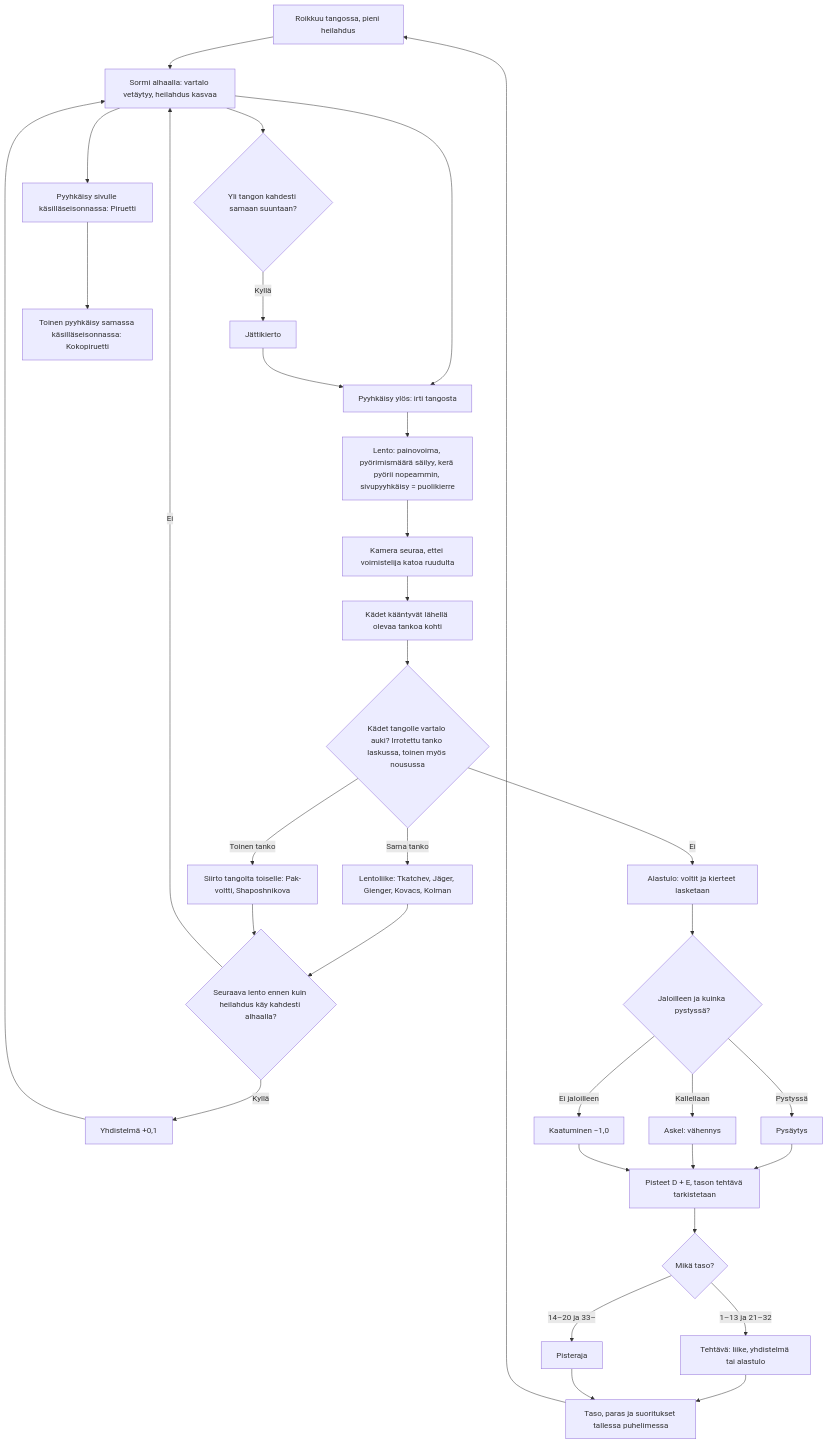
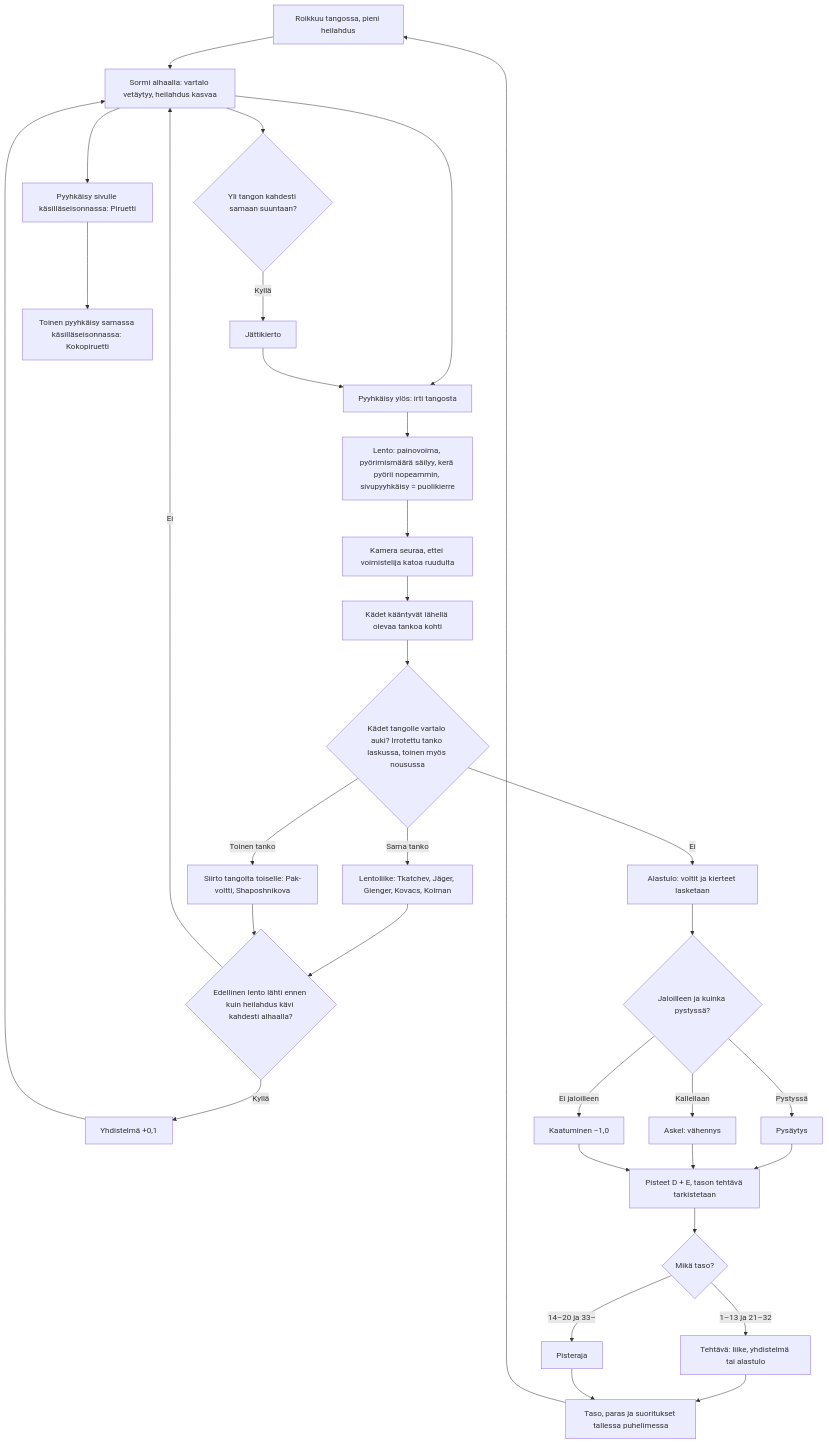
One commit to eerovil/ai-pelit changed the diagram in docs/diagrams/voimistelu.md. Above: the diagram before and after it, drawn with Mermaid. The commit also changed other lines of this file and 3 other files, not shown here.

````diff
--- a/docs/diagrams/voimistelu.md
+++ b/docs/diagrams/voimistelu.md
@@ -10,40 +10,40 @@
 ```mermaid
 flowchart TD
   A[Roikkuu tangossa, pieni heilahdus] --> B[Sormi alhaalla: vartalo vetäytyy, heilahdus kasvaa]
   B --> C{Yli tangon kahdesti samaan suuntaan?}
   C -- Kyllä --> D[Jättikierto]
   B --> P[Pyyhkäisy sivulle käsilläseisonnassa: Piruetti]
   P --> P2[Toinen pyyhkäisy samassa käsilläseisonnassa: Kokopiruetti]
   B --> E[Pyyhkäisy ylös: irti tangosta]
   D --> E
   E --> F[Lento: painovoima, pyörimismäärä säilyy, kerä pyörii nopeammin, sivupyyhkäisy = puolikierre]
   F --> R[Kamera seuraa, ettei voimistelija katoa ruudulta]
   R --> T[Kädet kääntyvät lähellä olevaa tankoa kohti]
   T --> G{Kädet tangolle vartalo auki? Irrotettu tanko laskussa, toinen myös nousussa}
   G -- Sama tanko --> H[Lentoliike: Tkatchev, Jäger, Gienger, Kovacs, Kolman]
   G -- Toinen tanko --> Q[Siirto tangolta toiselle: Pak-voltti, Shaposhnikova]
-  H --> Y{Seuraava lento ennen kuin heilahdus käy kahdesti alhaalla?}
+  H --> Y{Edellinen lento lähti ennen kuin heilahdus kävi kahdesti alhaalla?}
   Q --> Y
   Y -- Kyllä --> Z[Yhdistelmä +0,1]
   Z --> B
   Y -- Ei --> B
   G -- Ei --> I[Alastulo: voltit ja kierteet lasketaan]
   I --> J{Jaloilleen ja kuinka pystyssä?}
   J -- Pystyssä --> K[Pysäytys]
   J -- Kallellaan --> L[Askel: vähennys]
   J -- Ei jaloilleen --> M[Kaatuminen −1,0]
   K --> N[Pisteet D + E, tason tehtävä tarkistetaan]
   L --> N
   M --> N
   N --> V{Mikä taso?}
   V -- 1–13 ja 21–32 --> W[Tehtävä: liike, yhdistelmä tai alastulo]
   V -- 14–20 ja 33– --> X[Pisteraja]
   W --> O[Taso, paras ja suoritukset tallessa puhelimessa]
   X --> O
   O --> A
   class A,B,E,P blue
   class C,G,J,Y,V amber
   class F,R,T teal
   class D,H,I,K,N,O,Q,P2,Z,W,X green
   class L,M rose
 ```
````
